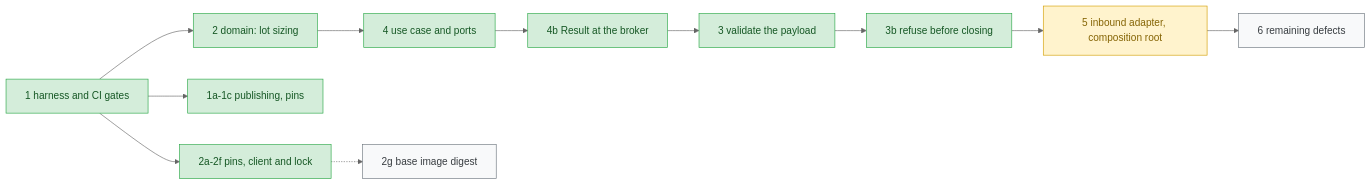
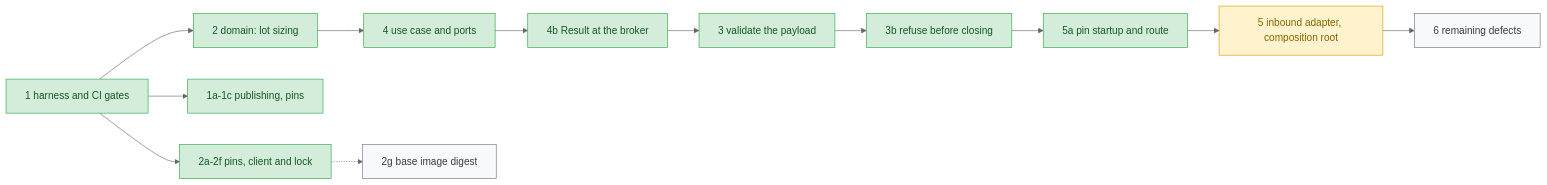
The diagram in docs/migration-roadmap.md (Akinzou/TradeLockerBot), drawn with Mermaid (neutral theme) before and after one commit. The commit also changed other lines of this file and 7 other files, not shown here.

````diff
--- a/docs/migration-roadmap.md
+++ b/docs/migration-roadmap.md
@@ -30,19 +31,20 @@
 ```mermaid
 flowchart LR
     S1[1 harness and CI gates] --> S2[2 domain: lot sizing]
     S1 --> S1abc[1a-1c publishing, pins]
     S1 --> S2af[2a-2f pins, client and lock]
     S2 --> S4[4 use case and ports]
     S4 --> S4b[4b Result at the broker]
     S4b --> S3[3 validate the payload]
     S3 --> S3b[3b refuse before closing]
-    S3b --> S5[5 inbound adapter, composition root]
+    S3b --> S5a[5a pin startup and route]
+    S5a --> S5[5 inbound adapter, composition root]
     S5 --> S6[6 remaining defects]
     S2af -.-> S2g[2g base image digest]
     classDef done fill:#d4edda,stroke:#28a745,color:#155724
     classDef next fill:#fff3cd,stroke:#d39e00,color:#856404
     classDef todo fill:#f8f9fa,stroke:#6c757d,color:#383d41
-    class S1,S1abc,S2,S2af,S4,S4b,S3,S3b done
+    class S1,S1abc,S2,S2af,S4,S4b,S3,S3b,S5a done
     class S5 next
     class S6,S2g todo
 ```
````
